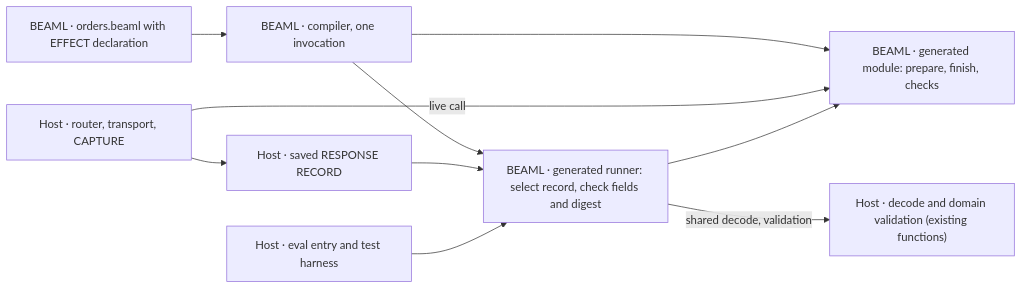
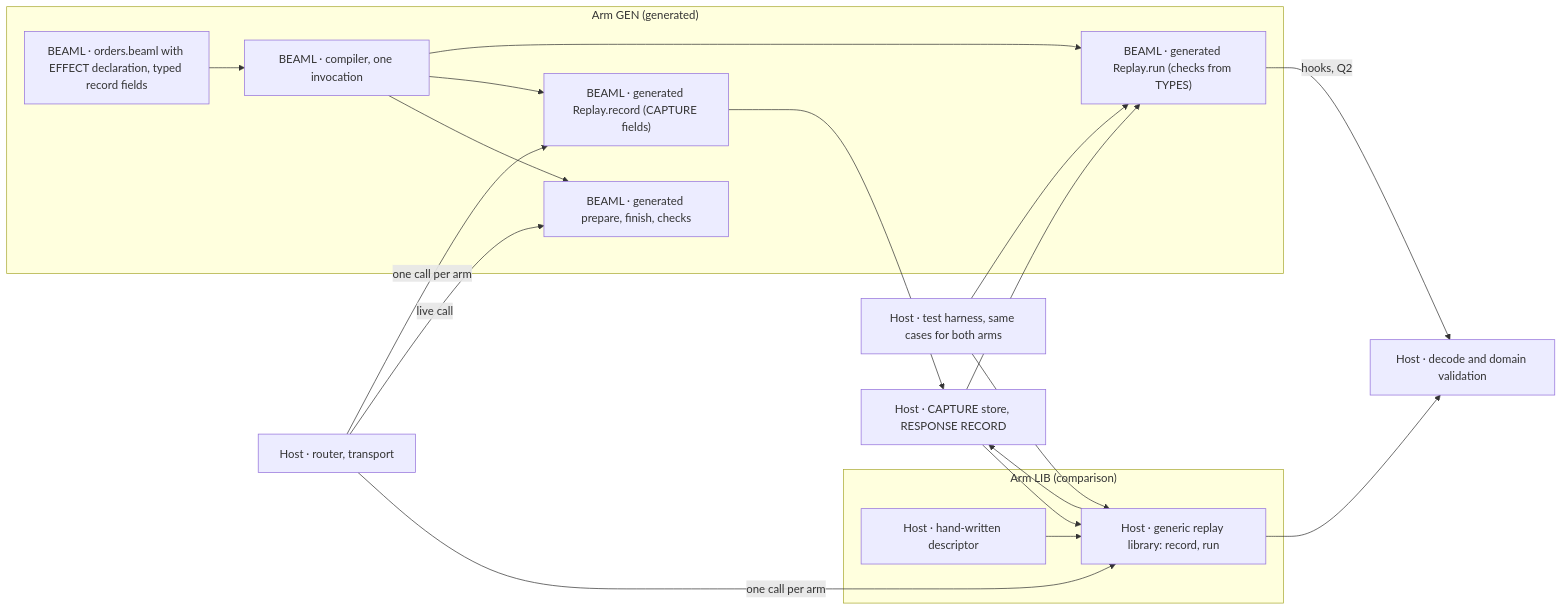
The diagram in experiments/0004-generated-replay/README.md (13ue/beaml), drawn with Mermaid before and after one commit. The commit also changed other lines of this file and 3 other files, not shown here.

````diff
--- a/experiments/0004-generated-replay/README.md
+++ b/experiments/0004-generated-replay/README.md
@@ -24,12 +29,23 @@
 ```mermaid
 flowchart LR
-  D["BEAML · orders.beaml with EFFECT declaration"] --> C["BEAML · compiler, one invocation"]
-  C --> G["BEAML · generated module: prepare, finish, checks"]
-  C --> R["BEAML · generated runner: select record, check fields and digest"]
-  H["Host · router, transport, CAPTURE"] -->|live call| G
-  H --> S["Host · saved RESPONSE RECORD"]
-  S --> R
-  R -->|shared decode, validation| X["Host · decode and domain validation (existing functions)"]
-  R --> G
-  E["Host · eval entry and test harness"] --> R
+  subgraph GEN["Arm GEN (generated)"]
+    D["BEAML · orders.beaml with EFFECT declaration, typed record fields"] --> C["BEAML · compiler, one invocation"]
+    C --> G["BEAML · generated prepare, finish, checks"]
+    C --> GR["BEAML · generated Replay.record (CAPTURE fields)"]
+    C --> GN["BEAML · generated Replay.run (checks from TYPES)"]
+  end
+  subgraph LIB["Arm LIB (comparison)"]
+    LD["Host · hand-written descriptor"] --> LL["Host · generic replay library: record, run"]
+  end
+  H["Host · router, transport"] -->|live call| G
+  H -->|one call per arm| GR
+  H -->|one call per arm| LL
+  GR --> S["Host · CAPTURE store, RESPONSE RECORD"]
+  LL --> S
+  S --> GN
+  S --> LL
+  GN -->|hooks, Q2| X["Host · decode and domain validation"]
+  LL --> X
+  E["Host · test harness, same cases for both arms"] --> GN
+  E --> LL
 ```
````
